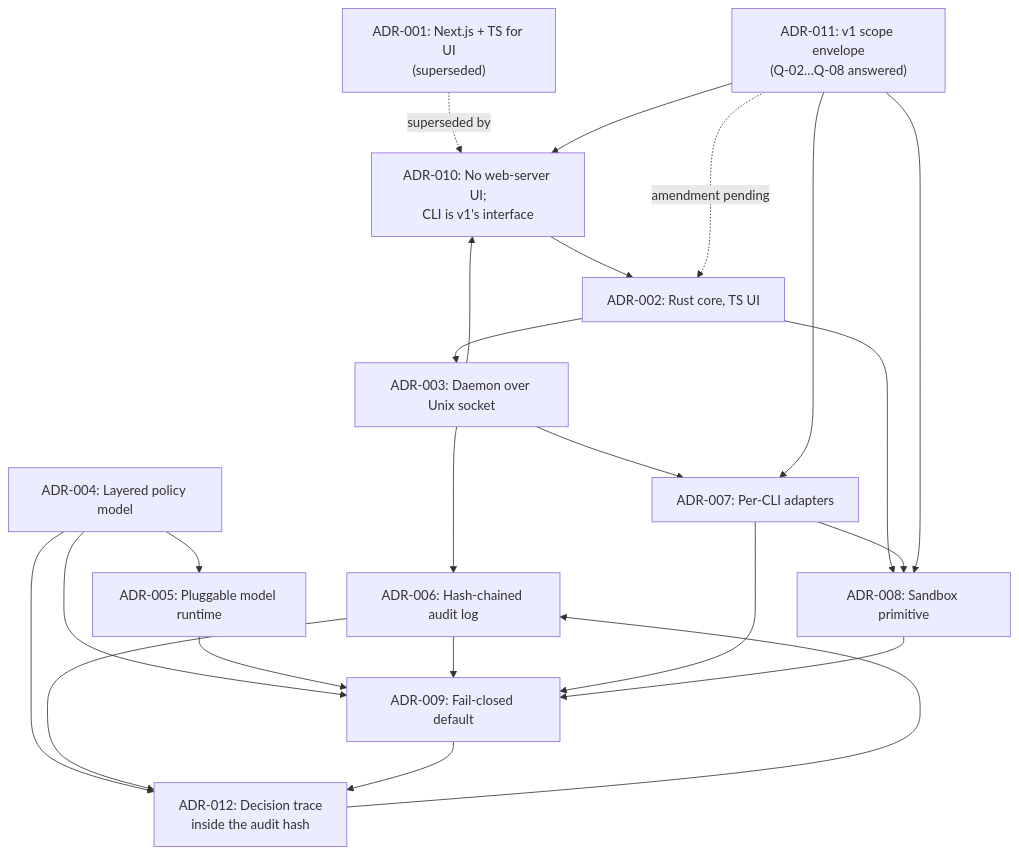
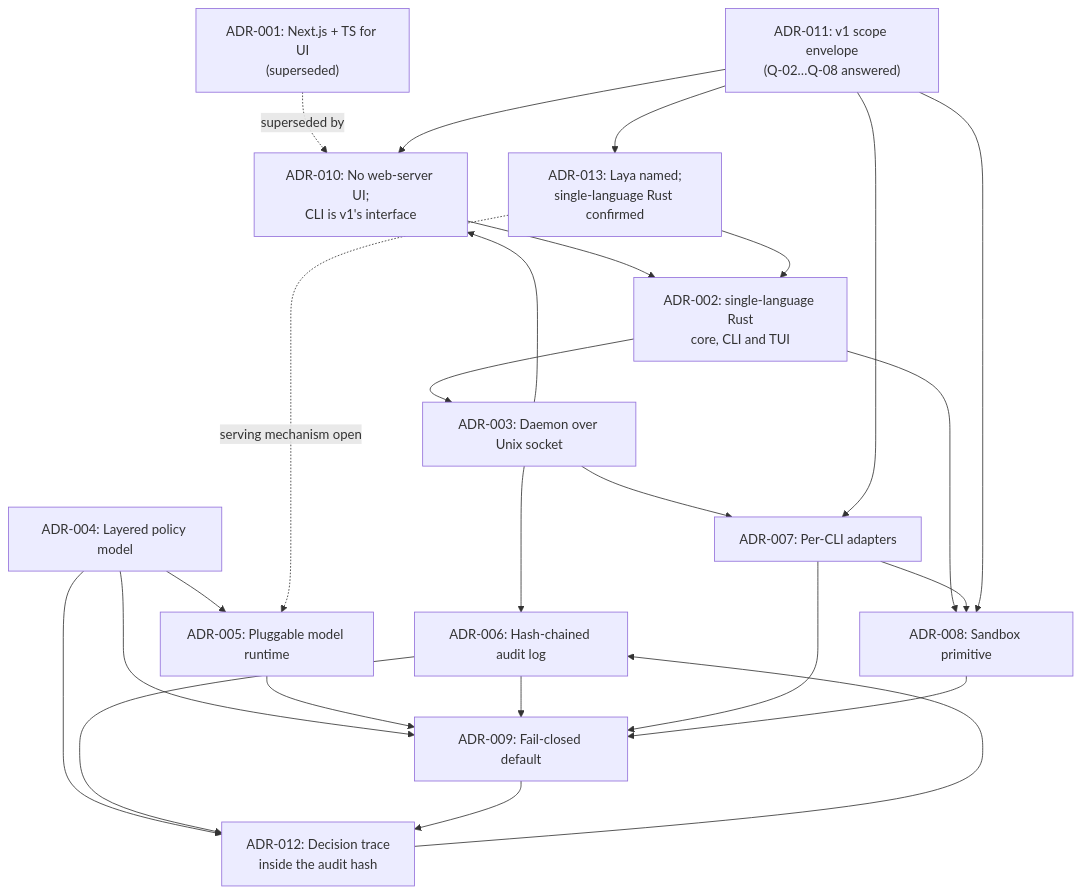
Before and after one commit to AriesNg/ai-guard-bot: the diagram in docs/05-adr/README.md, drawn with Mermaid. The commit also changed other lines of this file and 13 other files, not shown here.

First line of the commit message:
docs: record Laya as the local model and confirm single-language Rust (adr-013)

````diff
--- a/docs/05-adr/README.md
+++ b/docs/05-adr/README.md
@@ -42,26 +47,28 @@
 ```mermaid
 flowchart TD
     A001["ADR-001: Next.js + TS for UI<br/>(superseded)"] -.->|superseded by| A010["ADR-010: No web-server UI;<br/>CLI is v1's interface"]
-    A002[ADR-002: Rust core, TS UI]
+    A002[ADR-002: single-language Rust<br/>core, CLI and TUI]
     A010 --> A002
     A003 --> A010
     A002 --> A003[ADR-003: Daemon over Unix socket]
     A003 --> A006[ADR-006: Hash-chained audit log]
     A003 --> A007[ADR-007: Per-CLI adapters]
     A004[ADR-004: Layered policy model] --> A005[ADR-005: Pluggable model runtime]
     A004 --> A009[ADR-009: Fail-closed default]
     A005 --> A009
     A006 --> A009
     A007 --> A009
     A002 --> A008[ADR-008: Sandbox primitive]
     A007 --> A008
     A008 --> A009
     A011["ADR-011: v1 scope envelope<br/>(Q-02…Q-08 answered)"] --> A008
     A011 --> A007
     A011 --> A010
-    A011 -.->|amendment pending| A002
+    A011 --> A013["ADR-013: Laya named;<br/>single-language Rust confirmed"]
+    A013 --> A002
+    A013 -.->|serving mechanism open| A005
     A004 --> A012["ADR-012: Decision trace<br/>inside the audit hash"]
     A006 --> A012
     A009 --> A012
     A012 --> A006
 ```
````
